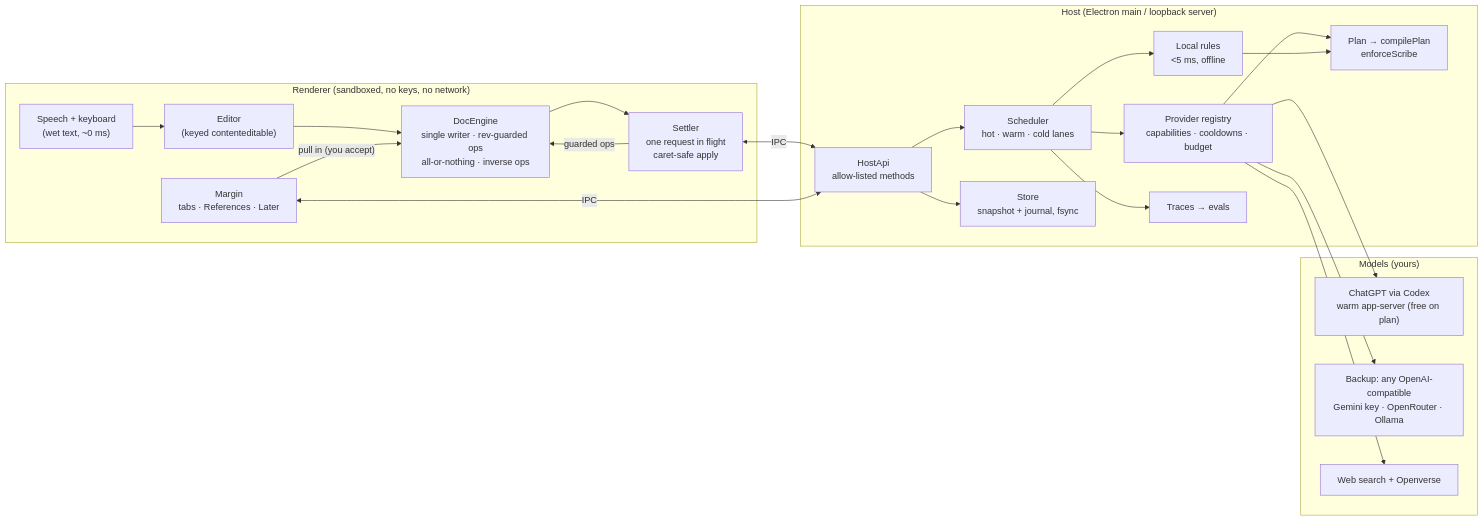
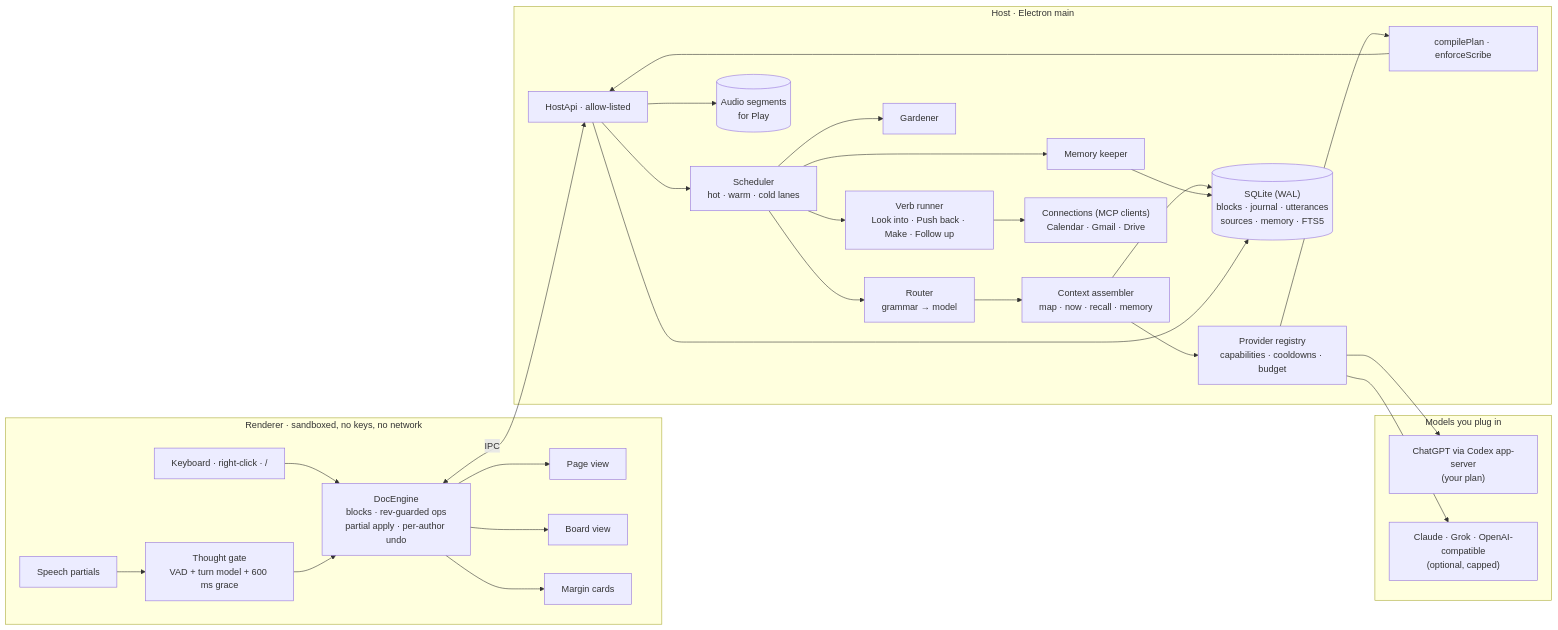
One commit to HilliardJ97/phlo changed the diagram in docs/ARCHITECTURE.md. Above: the diagram before and after it, drawn with Mermaid. The commit also changed other lines of this file and 1 other file, not shown here.

First line of the commit message:
Architecture: full revision for the agreed MVP

````diff
--- a/docs/ARCHITECTURE.md
+++ b/docs/ARCHITECTURE.md
@@ -18,43 +46,47 @@
 ```mermaid
 flowchart LR
-  subgraph R["Renderer (sandboxed, no keys, no network)"]
-    IN["Speech + keyboard<br/>(wet text, ~0 ms)"]
-    ED["Editor<br/>(keyed contenteditable)"]
-    EN["DocEngine<br/>single writer · rev-guarded ops<br/>all-or-nothing · inverse ops"]
-    ST["Settler<br/>one request in flight<br/>caret-safe apply"]
-    MG["Margin<br/>tabs · References · Later"]
-    IN --> ED --> EN
-    EN --> ST
-    ST -->|guarded ops| EN
-    MG -->|"pull in (you accept)"| EN
+  subgraph R["Renderer · sandboxed, no keys, no network"]
+    MIC["Speech partials"] --> GATE
+    KEY["Keyboard · right-click · /"] --> EN
+    GATE["Thought gate<br/>VAD + turn model + 600 ms grace"] --> EN
+    EN["DocEngine<br/>blocks · rev-guarded ops<br/>partial apply · per-author undo"]
+    EN --> PAGE["Page view"]
+    EN --> BOARD["Board view"]
+    EN --> MARGIN["Margin cards"]
   end
 
-  subgraph H["Host (Electron main / loopback server)"]
-    API["HostApi<br/>allow-listed methods"]
+  subgraph H["Host · Electron main"]
+    API["HostApi · allow-listed"]
     SCH["Scheduler<br/>hot · warm · cold lanes"]
-    LR["Local rules<br/>&lt;5 ms, offline"]
-    CMP["Plan → compilePlan<br/>enforceScribe"]
-    PR["Provider registry<br/>capabilities · cooldowns · budget"]
-    STO["Store<br/>snapshot + journal, fsync"]
-    TR["Traces → evals"]
-    API --> SCH
-    SCH --> LR
-    SCH --> PR
-    PR --> CMP
-    LR --> CMP
-    SCH --> TR
-    API --> STO
+    RT["Router<br/>grammar → model"]
+    CTX["Context assembler<br/>map · now · recall · memory"]
+    MK["Memory keeper"]
+    GD["Gardener"]
+    VB["Verb runner<br/>Look into · Push back · Make · Follow up"]
+    CMP["compilePlan · enforceScribe"]
+    REG["Provider registry<br/>capabilities · cooldowns · budget"]
+    MCP["Connections (MCP clients)<br/>Calendar · Gmail · Drive"]
+    DB[("SQLite (WAL)<br/>blocks · journal · utterances<br/>sources · memory · FTS5")]
+    AUD[("Audio segments<br/>for Play")]
   end
 
-  subgraph M["Models (yours)"]
-    CX["ChatGPT via Codex<br/>warm app-server (free on plan)"]
-    BK["Backup: any OpenAI-compatible<br/>Gemini key · OpenRouter · Ollama"]
-    WEB["Web search + Openverse"]
+  subgraph M["Models you plug in"]
+    CX["ChatGPT via Codex app-server<br/>(your plan)"]
+    ALT["Claude · Grok · OpenAI-compatible<br/>(optional, capped)"]
   end
 
-  ST <-->|IPC| API
-  MG <-->|IPC| API
-  PR --> CX
-  PR --> BK
-  PR --> WEB
+  EN <-->|IPC| API
+  API --> SCH
+  SCH --> RT --> CTX --> REG
+  SCH --> MK
+  SCH --> GD
+  SCH --> VB
+  VB --> MCP
+  REG --> CX
+  REG --> ALT
+  REG --> CMP --> API
+  CTX --> DB
+  MK --> DB
+  API --> DB
+  API --> AUD
 ```
````
